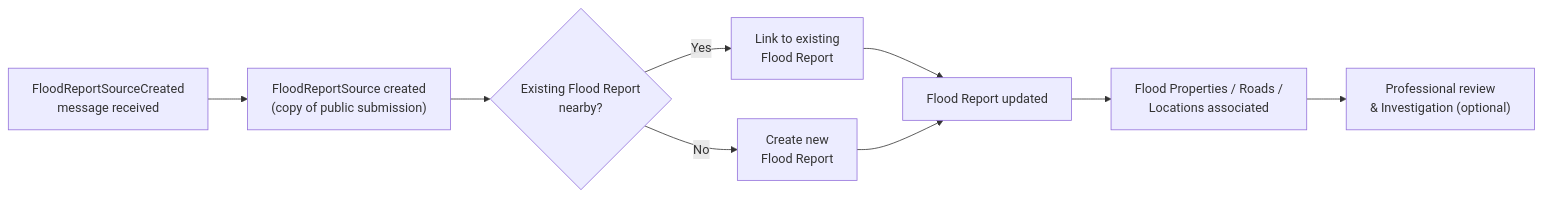
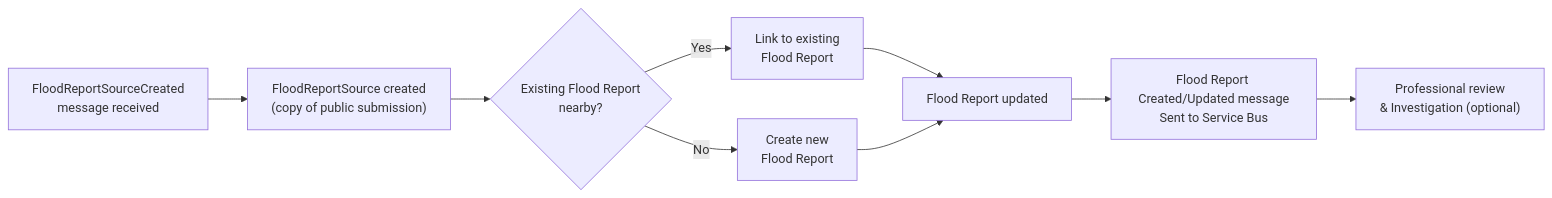
Before and after one commit to Dorset-Council-UK/FloodOnlineReportingTool.ReportStatus: the second of 2 diagrams in docs/flows/overview.md, drawn with Mermaid. The commit also changed other lines of this file and 1 other file, not shown here.

````diff
--- a/docs/flows/overview.md
+++ b/docs/flows/overview.md
@@ -46,11 +51,11 @@
 ```mermaid
 flowchart LR
     A["FloodReportSourceCreated<br>message received"] --> B["FloodReportSource created<br>(copy of public submission)"]
     B --> C{"Existing Flood Report<br>nearby?"}
     C -->|"Yes"| D["Link to existing<br>Flood Report"]
     C -->|"No"| E["Create new<br>Flood Report"]
     D --> F["Flood Report updated"]
     E --> F
-    F --> G["Flood Properties / Roads /<br>Locations associated"]
+    F --> G["Flood Report Created/Updated message<br>Sent to Service Bus"]
     G --> H["Professional review<br>& Investigation (optional)"]
 ```
````
